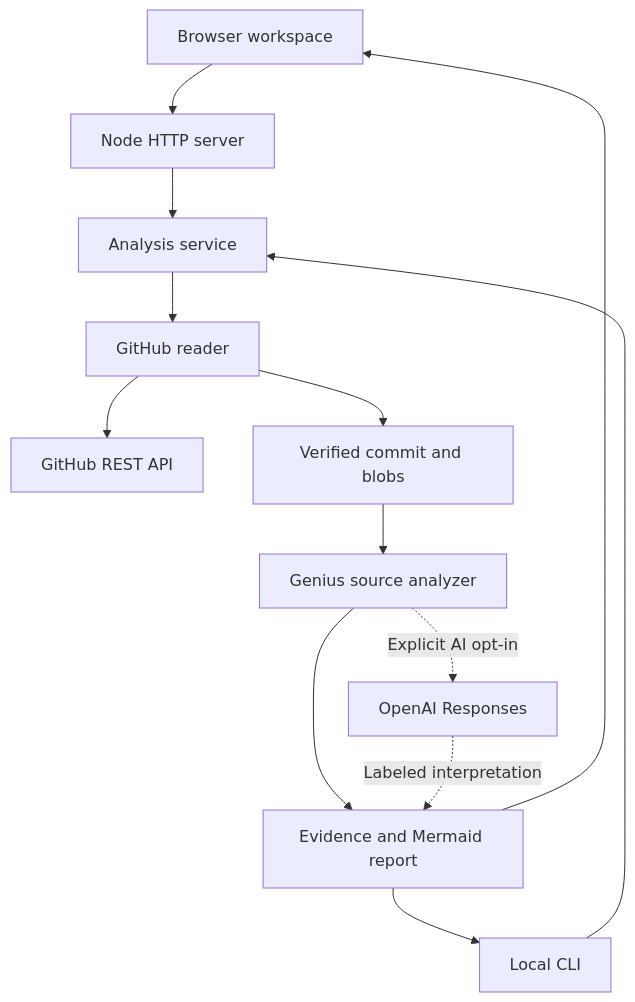
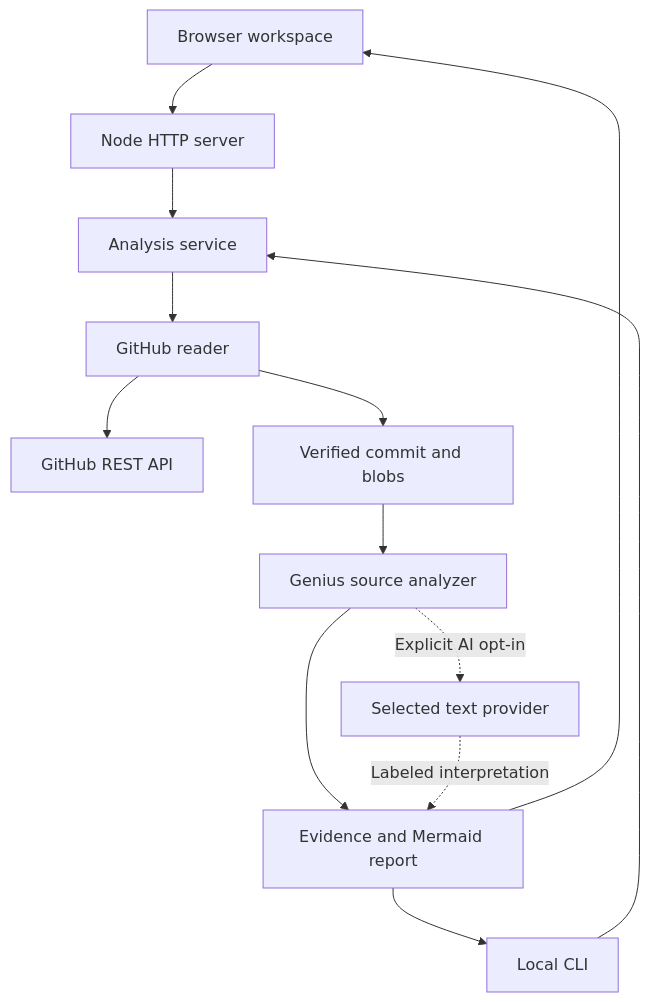
Before and after one commit to ProAmineOfficial/GitArchitectureDiagram: the diagram in docs/ARCHITECTURE.md, drawn with Mermaid. The commit also changed other lines of this file and 32 other files, not shown here.

First line of the commit message:
Connect repository navigation, component diagrams, and source-grounded Genius

````diff
--- a/docs/ARCHITECTURE.md
+++ b/docs/ARCHITECTURE.md
@@ -5,15 +5,15 @@
 ```mermaid
 flowchart TD
   Browser[Browser workspace] --> HTTP[Node HTTP server]
   CLI[Local CLI] --> Service[Analysis service]
   HTTP --> Service
   Service --> Reader[GitHub reader]
   Reader --> GitHub[GitHub REST API]
   Reader --> Snapshot[Verified commit and blobs]
   Snapshot --> Genius[Genius source analyzer]
   Genius --> Report[Evidence and Mermaid report]
-  Genius -. Explicit AI opt-in .-> Model[OpenAI Responses]
+  Genius -. Explicit AI opt-in .-> Model[Selected text provider]
   Model -. Labeled interpretation .-> Report
   Report --> Browser
   Report --> CLI
 ```
````
